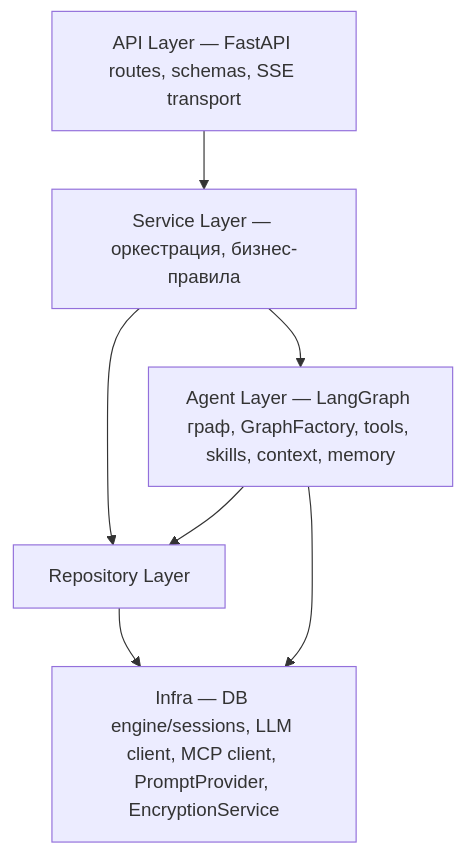
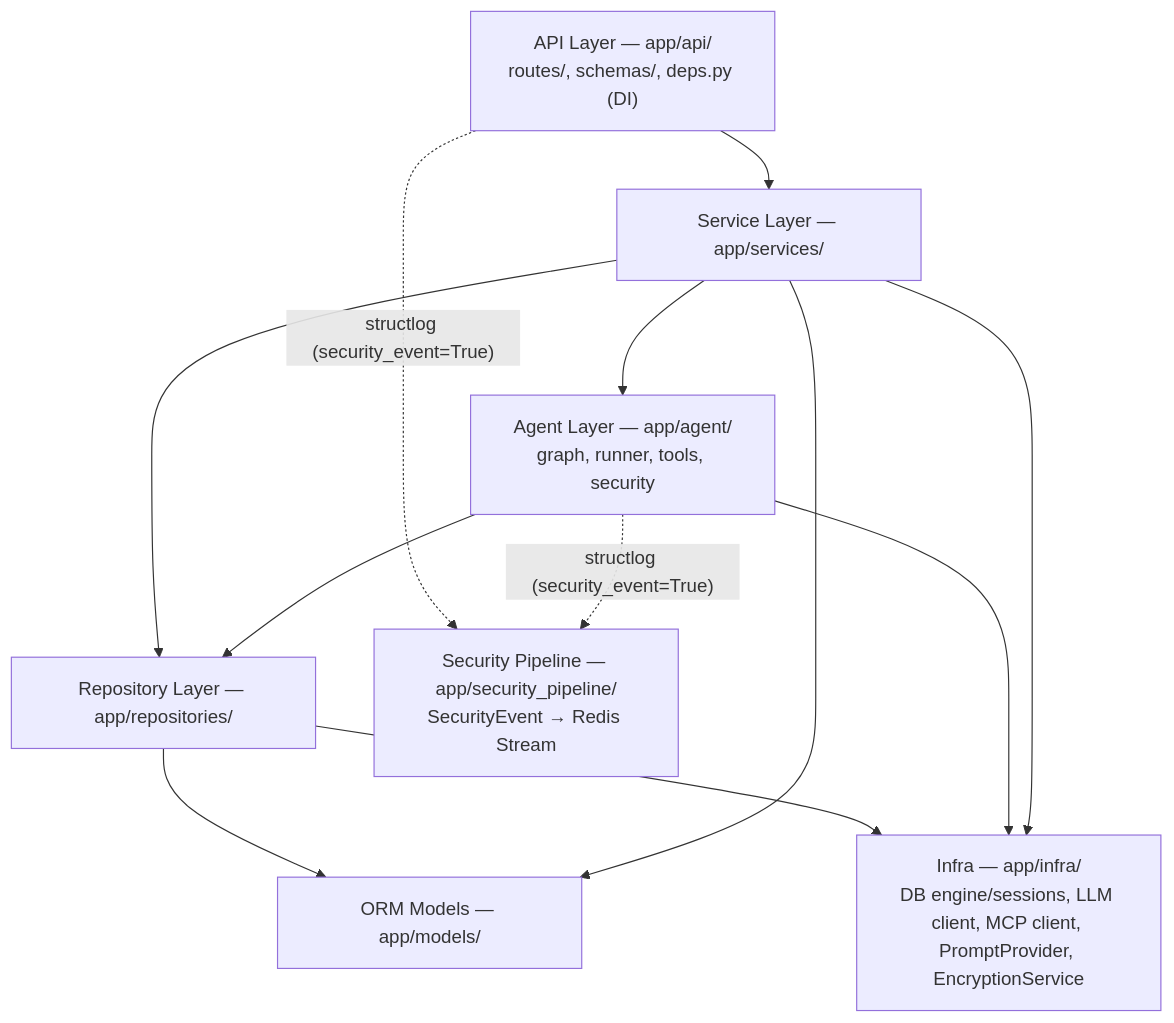
The diagram in doc/tech/backend.md (Bbar0n234/learnflow-ai), drawn with Mermaid before and after one commit. The commit also changed other lines of this file and 5 other files, not shown here.

First line of the commit message:
docs(architecture): multi-level layers diagrams + siem-service doc

````diff
--- a/doc/tech/backend.md
+++ b/doc/tech/backend.md
@@ -9,15 +9,22 @@
 ```mermaid
 graph TD
-    API["API Layer — FastAPI routes, schemas, SSE transport"]
-    SVC["Service Layer — оркестрация, бизнес-правила"]
-    AGT["Agent Layer — LangGraph граф, GraphFactory, tools, skills, context, memory"]
-    REPO["Repository Layer"]
-    INFRA["Infra — DB engine/sessions, LLM client, MCP client, PromptProvider, EncryptionService"]
+    API["API Layer — app/api/<br>routes/, schemas/, deps.py (DI)"]
+    SVC["Service Layer — app/services/"]
+    AGT["Agent Layer — app/agent/<br>graph, runner, tools, security"]
+    REPO["Repository Layer — app/repositories/"]
+    MODELS["ORM Models — app/models/"]
+    INFRA["Infra — app/infra/<br>DB engine/sessions, LLM client, MCP client, PromptProvider, EncryptionService"]
+    SECPIPE["Security Pipeline — app/security_pipeline/<br>SecurityEvent → Redis Stream"]
 
     API --> SVC
     SVC --> AGT
     SVC --> REPO
     AGT --> REPO
+    REPO --> MODELS
+    SVC --> MODELS
     REPO --> INFRA
     AGT --> INFRA
+    SVC --> INFRA
+    API -. "structlog (security_event=True)" .-> SECPIPE
+    AGT -. "structlog (security_event=True)" .-> SECPIPE
 ```
````
